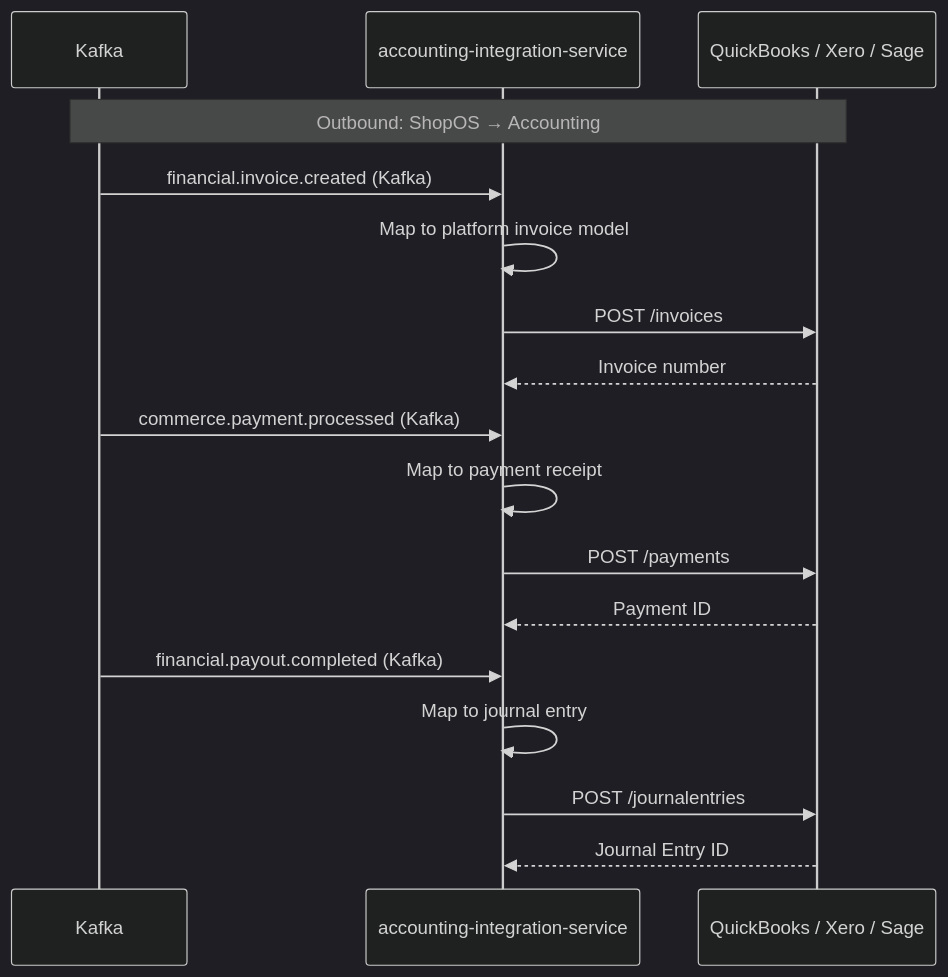
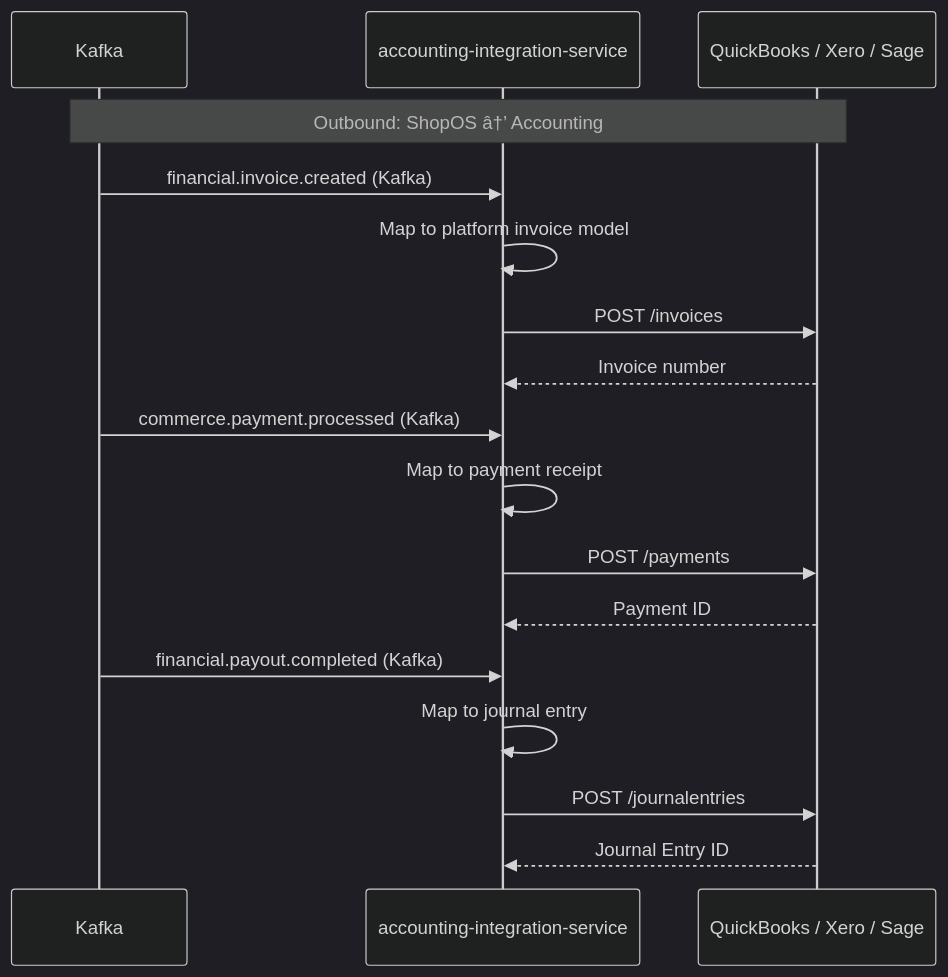
Before and after one commit to prabhat-roy/ShopOS: the diagram in src/integrations/accounting-integration-service/README.md, drawn with Mermaid (dark theme). The commit also changed other lines of this file and 403 other files, not shown here.

````diff
--- a/src/integrations/accounting-integration-service/README.md
+++ b/src/integrations/accounting-integration-service/README.md
@@ -11,22 +11,22 @@
 ```mermaid
 sequenceDiagram
     participant K as Kafka
     participant AI as accounting-integration-service
     participant QBO as QuickBooks / Xero / Sage
 
-    Note over K,QBO: Outbound: ShopOS → Accounting
+    Note over K,QBO: Outbound: ShopOS â†’ Accounting
     K->>AI: financial.invoice.created (Kafka)
     AI->>AI: Map to platform invoice model
     AI->>QBO: POST /invoices
     QBO-->>AI: Invoice number
 
     K->>AI: commerce.payment.processed (Kafka)
     AI->>AI: Map to payment receipt
     AI->>QBO: POST /payments
     QBO-->>AI: Payment ID
 
     K->>AI: financial.payout.completed (Kafka)
     AI->>AI: Map to journal entry
     AI->>QBO: POST /journalentries
     QBO-->>AI: Journal Entry ID
 ```
````
